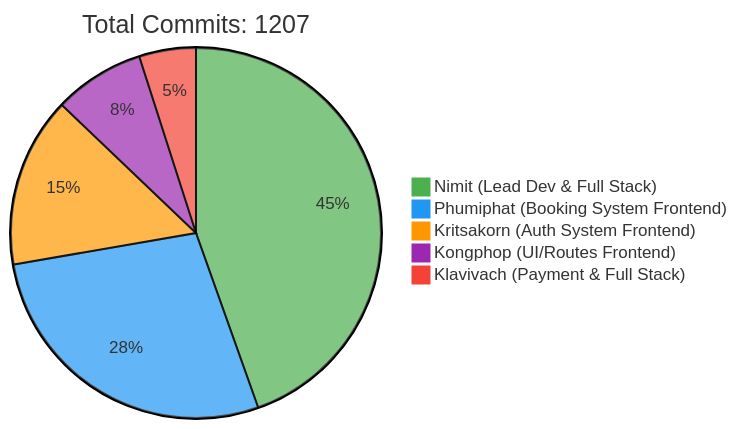
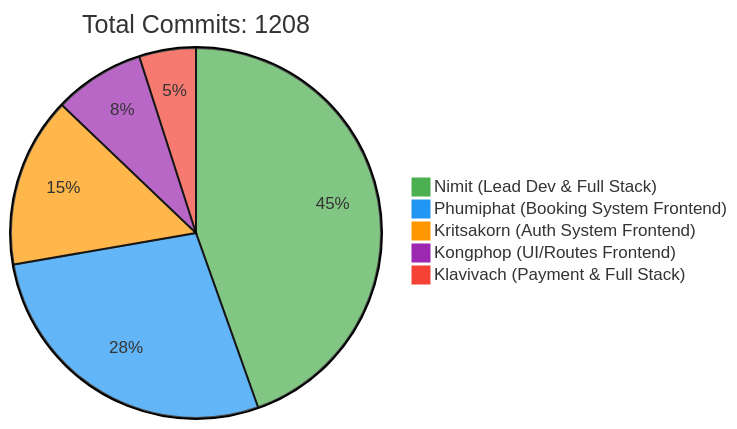
The first of 2 diagrams in README.md (6531503042/Sport-Complex), drawn with Mermaid before and after one commit. The commit also changed other lines of this file, not shown here.

Commit message:
docs: Update contributor statistics [skip ci]

````diff
--- a/README.md
+++ b/README.md
@@ -257,10 +257,10 @@
 ```mermaid
 %%{init: {'theme': 'base', 'themeVariables': { 'pie1': '#4CAF50', 'pie2': '#2196F3', 'pie3': '#FF9800', 'pie4': '#9C27B0', 'pie5': '#F44336'}}}%%
 pie
-    title Total Commits: 1207
+    title Total Commits: 1208
     "Nimit (Lead Dev & Full Stack)" : 450
     "Phumiphat (Booking System Frontend)" : 280
     "Kritsakorn (Auth System Frontend)" : 150
     "Kongphop (UI/Routes Frontend)" : 80
     "Klavivach (Payment & Full Stack)" : 50
 ```
````
